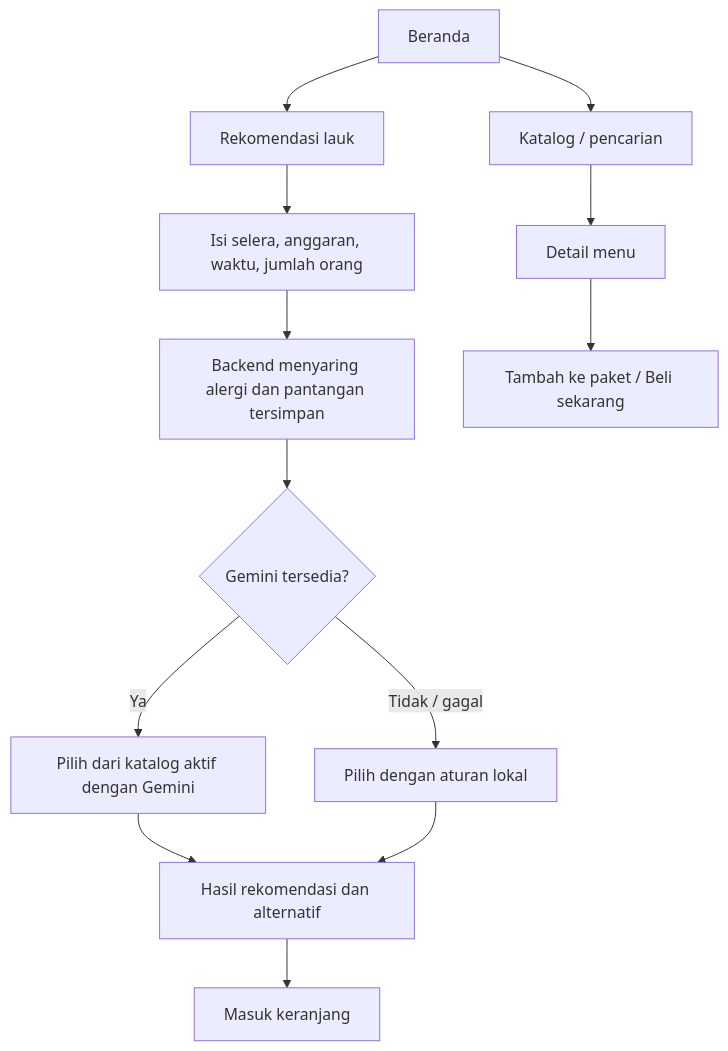
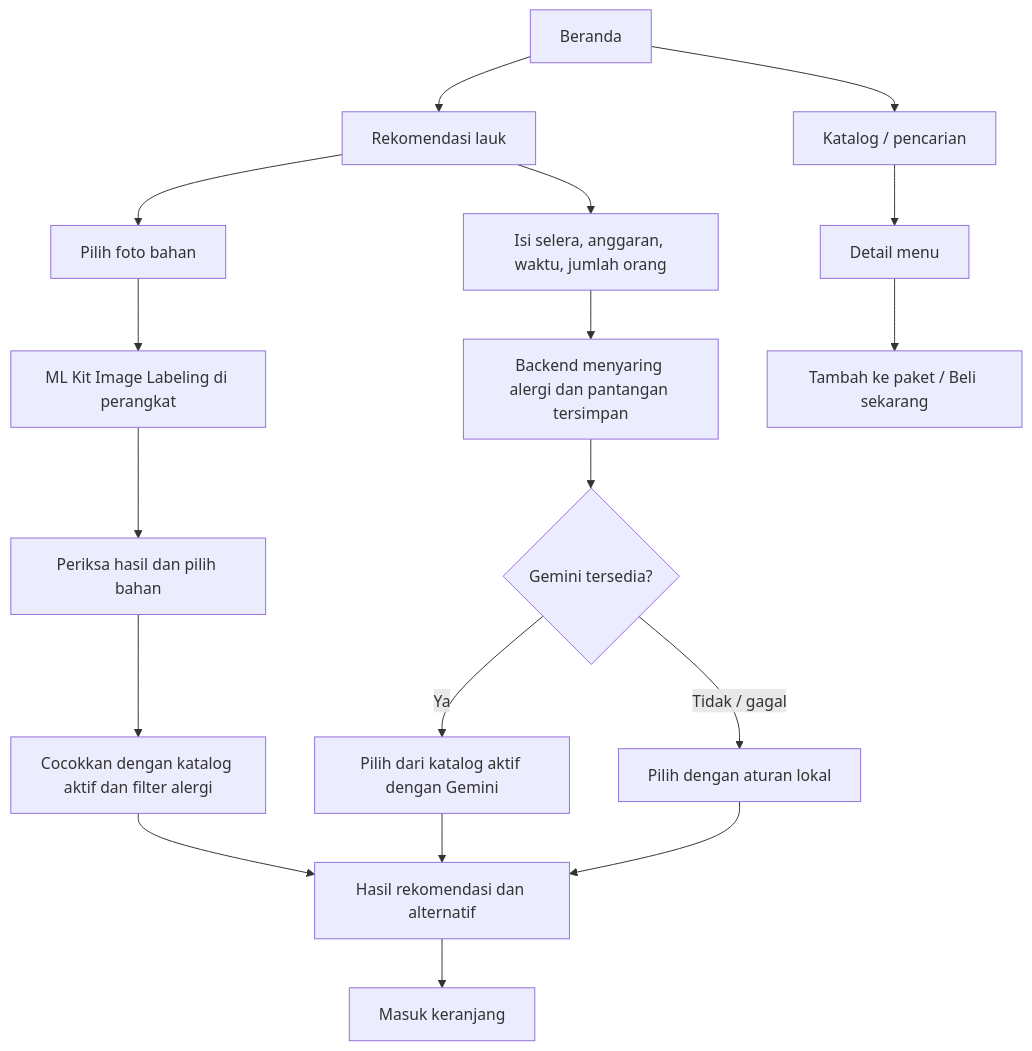
One commit to LauraMarcella25/LaukSatSet changed the third of 8 diagrams in docs/DOKUMENTASI_FITUR_DAN_ALUR.md. Above: the diagram before and after it, drawn with Mermaid. The commit also changed other lines of this file and 5 other files, not shown here.

````diff
--- a/docs/DOKUMENTASI_FITUR_DAN_ALUR.md
+++ b/docs/DOKUMENTASI_FITUR_DAN_ALUR.md
@@ -68,15 +69,20 @@
 ```mermaid
 flowchart TD
     H[Beranda] --> M[Katalog / pencarian]
     H --> Q[Rekomendasi lauk]
     M --> MD[Detail menu]
+    Q --> SCAN[Pilih foto bahan]
+    SCAN --> ML[ML Kit Image Labeling di perangkat]
+    ML --> ING[Periksa hasil dan pilih bahan]
+    ING --> MATCH[Cocokkan dengan katalog aktif dan filter alergi]
+    MATCH --> OUT
     Q --> F[Isi selera, anggaran, waktu, jumlah orang]
     F --> SAFE[Backend menyaring alergi dan pantangan tersimpan]
     SAFE --> G{Gemini tersedia?}
     G -- Ya --> GI[Pilih dari katalog aktif dengan Gemini]
     G -- Tidak / gagal --> RL[Pilih dengan aturan lokal]
     GI --> OUT[Hasil rekomendasi dan alternatif]
     RL --> OUT
     OUT --> CART[Masuk keranjang]
     MD --> ADD[Tambah ke paket / Beli sekarang]
 ```
````
